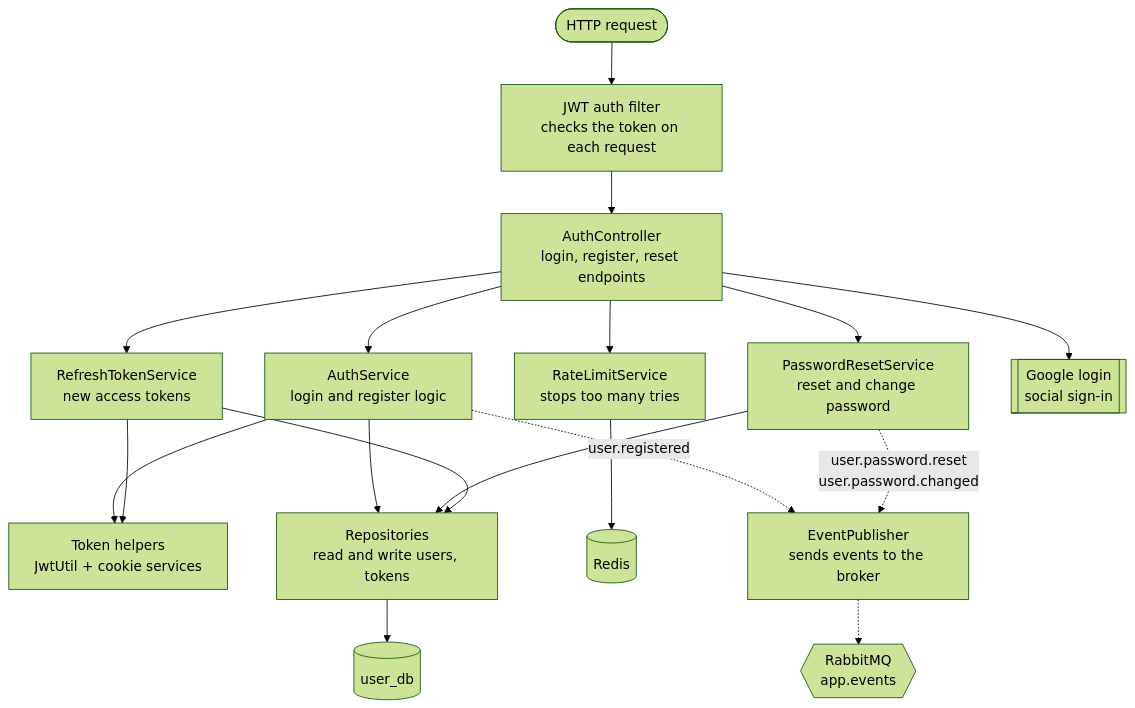
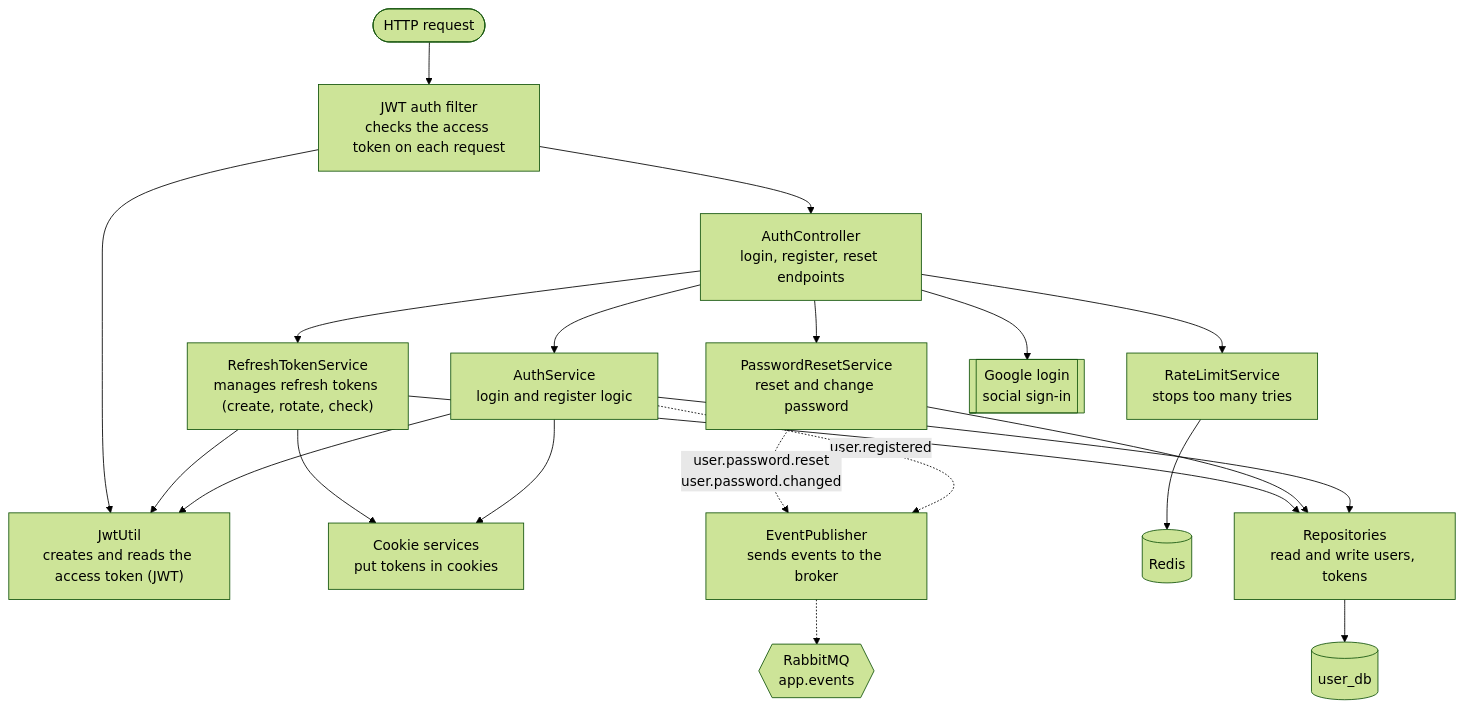
The diagram in docs/architecture/03-component-diagram.md (MotoXpress-wicky/infrastructure), drawn with Mermaid (forest theme) before and after one commit. The commit also changed 3 other files, not shown here.

Commit message:
added order cancelled and payment refund events to the diagrams

````diff
--- a/docs/architecture/03-component-diagram.md
+++ b/docs/architecture/03-component-diagram.md
@@ -3,27 +3,31 @@
 ```mermaid
 flowchart TB
-    req([HTTP request]) --> filter["JWT auth filter<br/>checks the token on each request"]
+    req([HTTP request]) --> filter["JWT auth filter<br/>checks the access token on each request"]
     filter --> ctrl["AuthController<br/>login, register, reset endpoints"]
 
     ctrl --> ratelimit["RateLimitService<br/>stops too many tries"]
     ctrl --> auth["AuthService<br/>login and register logic"]
     ctrl --> reset["PasswordResetService<br/>reset and change password"]
-    ctrl --> refresh["RefreshTokenService<br/>new access tokens"]
+    ctrl --> refresh["RefreshTokenService<br/>manages refresh tokens (create, rotate, check)"]
 
-    auth --> tokens["Token helpers<br/>JwtUtil + cookie services"]
-    refresh --> tokens
+    auth --> jwt["JwtUtil<br/>creates and reads the access token (JWT)"]
+    refresh --> jwt
+    filter --> jwt
+
+    auth --> cookie["Cookie services<br/>put tokens in cookies"]
+    refresh --> cookie
 
     auth --> repo["Repositories<br/>read and write users, tokens"]
     reset --> repo
     refresh --> repo
 
     ratelimit --> redis[("Redis")]
     repo --> db[("user_db")]
 
     ctrl --> google[["Google login<br/>social sign-in"]]
 
     %% ---- events out: replaces the old EmailService ----
     auth -.->|"user.registered"| pub["EventPublisher<br/>sends events to the broker"]
     reset -.->|"user.password.reset<br/>user.password.changed"| pub
     pub -.-> broker{{"RabbitMQ<br/>app.events"}}
 ```
````
